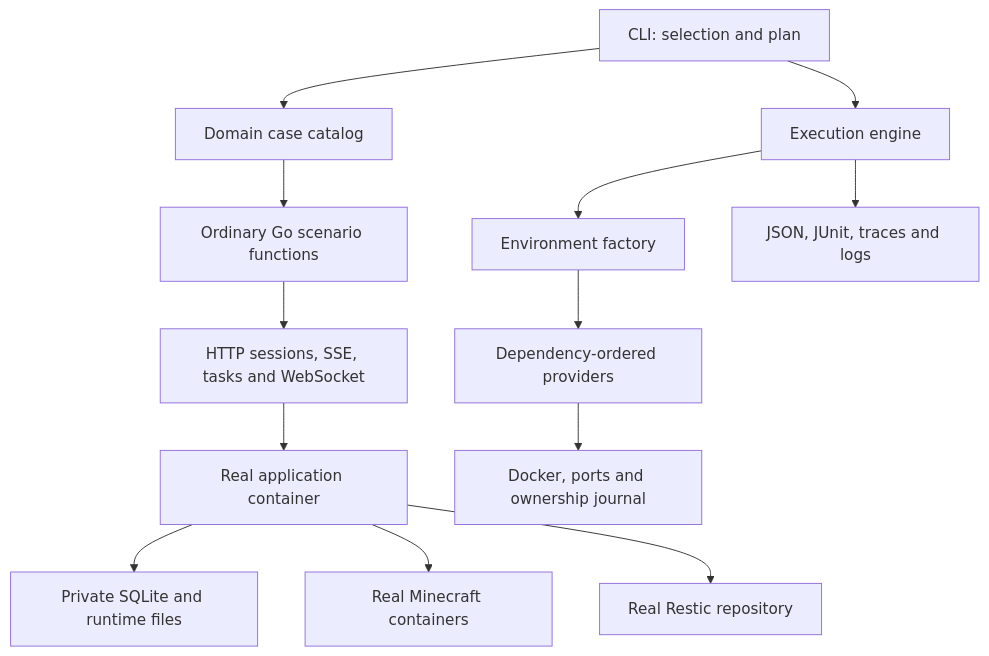
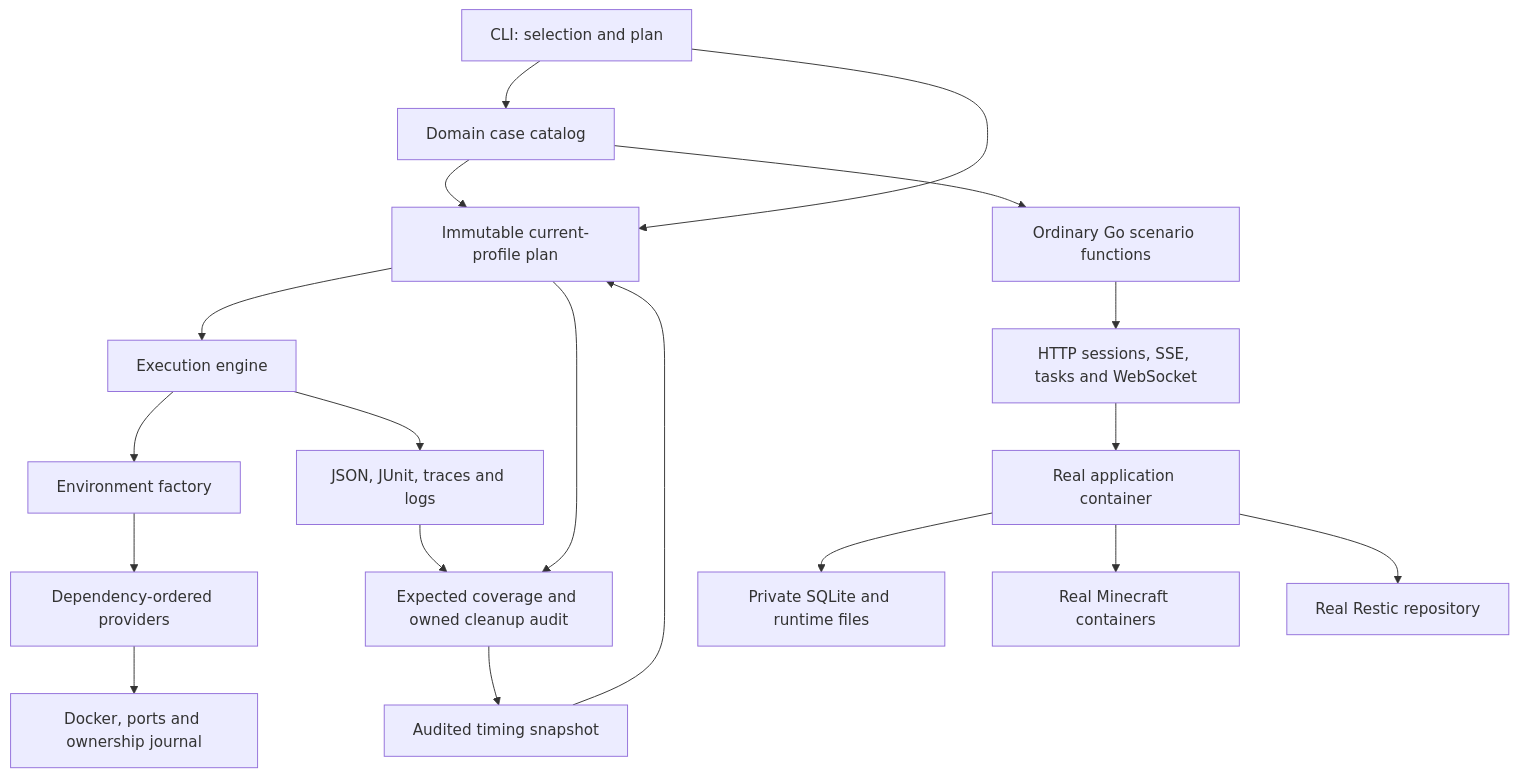
The diagram in e2e/docs/architecture.md (xyqyear/mc-admin), drawn with Mermaid before and after one commit. The commit also changed other lines of this file and 55 other files, not shown here.

````diff
--- a/e2e/docs/architecture.md
+++ b/e2e/docs/architecture.md
@@ -7,15 +7,21 @@
 ```mermaid
 flowchart TD
     CLI[CLI: selection and plan] --> Catalog[Domain case catalog]
-    CLI --> Runner[Execution engine]
+    Catalog --> Plan[Immutable current-profile plan]
+    History[Audited timing snapshot] --> Plan
+    CLI --> Plan
+    Plan --> Runner[Execution engine]
     Runner --> Factory[Environment factory]
     Factory --> Providers[Dependency-ordered providers]
     Providers --> Platform[Docker, ports and ownership journal]
     Catalog --> Cases[Ordinary Go scenario functions]
     Cases --> API[HTTP sessions, SSE, tasks and WebSocket]
     API --> Backend[Real application container]
     Backend --> SQLite[Private SQLite and runtime files]
     Backend --> Docker[Real Minecraft containers]
     Backend --> Restic[Real Restic repository]
     Runner --> Evidence[JSON, JUnit, traces and logs]
+    Plan --> Audit[Expected coverage and owned cleanup audit]
+    Evidence --> Audit
+    Audit --> History
 ```
````
